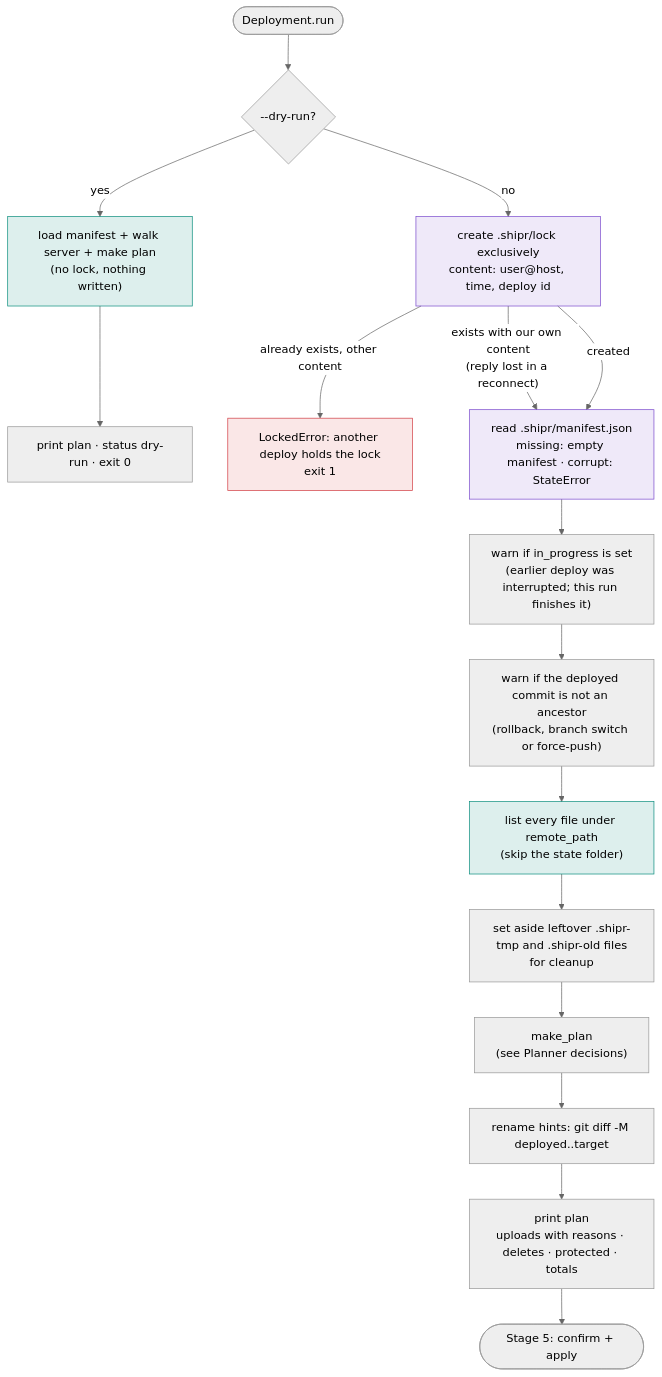
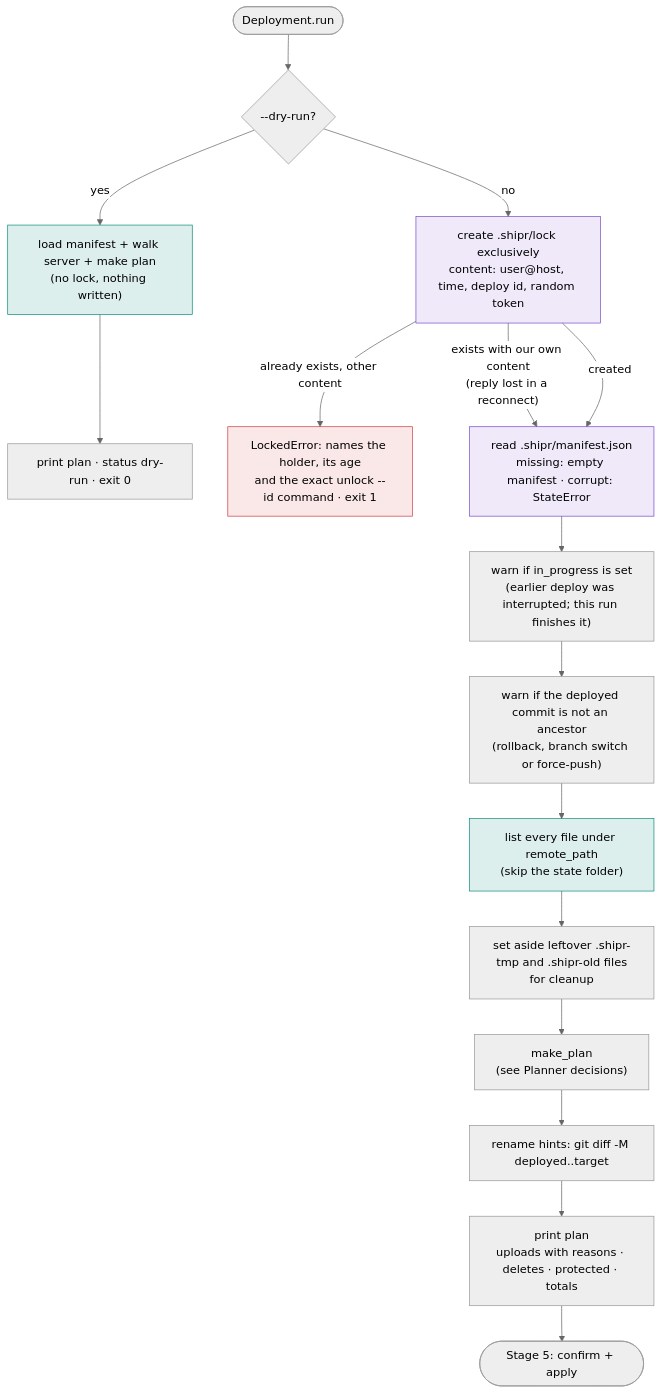
The seventh of 14 diagrams in docs/FLOW.md (aayushdhimaann/shipr), drawn with Mermaid (neutral theme) before and after one commit. The commit also changed other lines of this file and 18 other files, not shown here.

````diff
--- a/docs/FLOW.md
+++ b/docs/FLOW.md
@@ -255,24 +255,24 @@
 ```mermaid
 flowchart TD
   s(["Deployment.run"]) --> dr{"--dry-run?"}
   dr -- yes --> lp1["load manifest + walk server + make plan<br/>(no lock, nothing written)"]
   lp1 --> show1["print plan · status dry-run · exit 0"]
-  dr -- no --> lk["create .shipr/lock exclusively<br/>content: user@host, time, deploy id"]
-  lk -- "already exists, other content" --> e1["LockedError: another deploy holds the lock<br/>exit 1"]
+  dr -- no --> lk["create .shipr/lock exclusively<br/>content: user@host, time, deploy id, random token"]
+  lk -- "already exists, other content" --> e1["LockedError: names the holder, its age<br/>and the exact unlock --id command · exit 1"]
   lk -- "exists with our own content<br/>(reply lost in a reconnect)" --> man
   lk -- created --> man["read .shipr/manifest.json<br/>missing: empty manifest · corrupt: StateError"]
   man --> w1["warn if in_progress is set<br/>(earlier deploy was interrupted; this run finishes it)"]
   w1 --> w2["warn if the deployed commit is not an ancestor<br/>(rollback, branch switch or force-push)"]
   w2 --> walk["list every file under remote_path<br/>(skip the state folder)"]
   walk --> lo["set aside leftover .shipr-tmp and .shipr-old files<br/>for cleanup"]
   lo --> mk["make_plan<br/>(see Planner decisions)"]
   mk --> rn["rename hints: git diff -M deployed..target"]
   rn --> pr["print plan<br/>uploads with reasons · deletes · protected · totals"]
   pr --> nx(["Stage 5: confirm + apply"])
   classDef err fill:#d23f4520,stroke:#d23f45
   classDef srv fill:#0e8f7f24,stroke:#0e8f7f
   classDef recs fill:#7c4dce1f,stroke:#7c4dce
   class e1 err
   class walk,lp1 srv
   class lk,man recs
 ```
````
